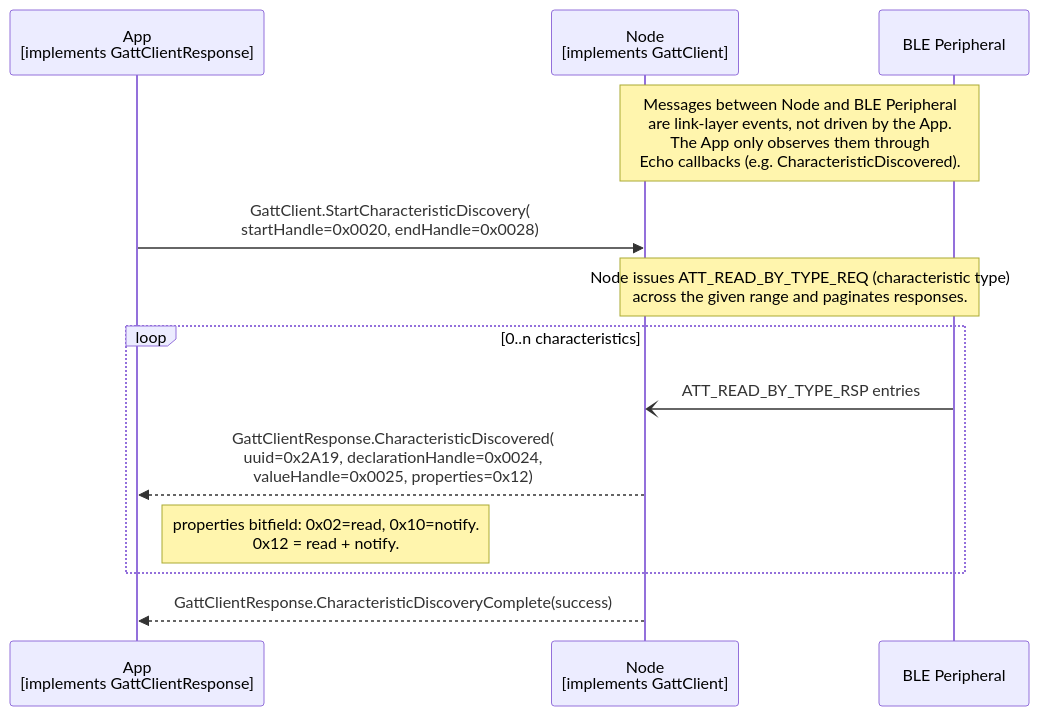
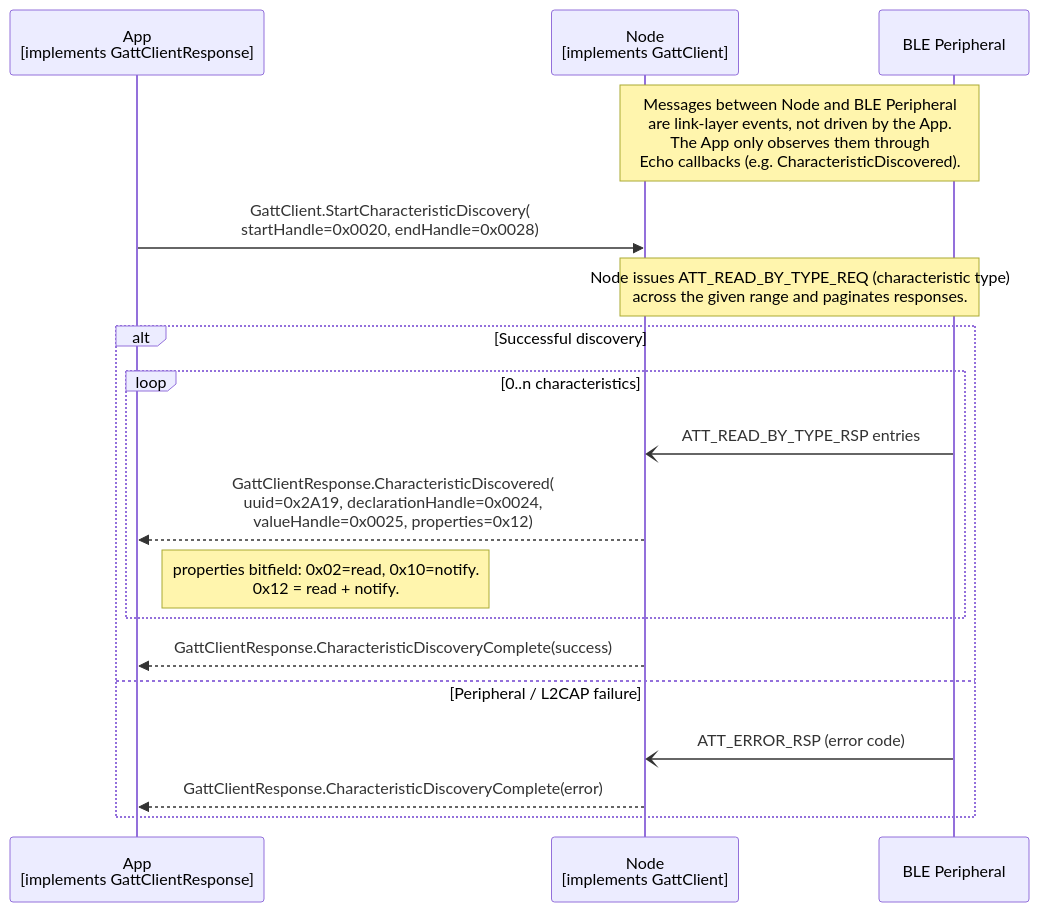
Before and after one commit to philips-software/amp-embedded-infra-lib: the diagram in documents/modules/ROOT/partials/echoservices/gatt_client/GattClient_StartCharacteristicDiscovery_sequence.mmd, drawn with Mermaid. The commit also changed 14 other files, not shown here.

```diff
--- a/documents/modules/ROOT/partials/echoservices/gatt_client/GattClient_StartCharacteristicDiscovery_sequence.mmd
+++ b/documents/modules/ROOT/partials/echoservices/gatt_client/GattClient_StartCharacteristicDiscovery_sequence.mmd
@@ -1,15 +1,21 @@
 sequenceDiagram
     participant App as App<br>[implements GattClientResponse]
     participant Node as Node<br>[implements GattClient]
     participant Peripheral as BLE Peripheral
 
     Note over Node, Peripheral: Messages between Node and BLE Peripheral<br>are link-layer events, not driven by the App.<br>The App only observes them through<br>Echo callbacks (e.g. CharacteristicDiscovered).
 
     App->>Node: GattClient.StartCharacteristicDiscovery(<br>startHandle=0x0020, endHandle=0x0028)
     Note over Node, Peripheral: Node issues ATT_READ_BY_TYPE_REQ (characteristic type)<br>across the given range and paginates responses.
-    loop 0..n characteristics
-        Peripheral-)Node: ATT_READ_BY_TYPE_RSP entries
-        Node-->>App: GattClientResponse.CharacteristicDiscovered(<br>uuid=0x2A19, declarationHandle=0x0024,<br>valueHandle=0x0025, properties=0x12)
-        Note right of App: properties bitfield: 0x02=read, 0x10=notify.<br>0x12 = read + notify.
+
+    alt Successful discovery
+        loop 0..n characteristics
+            Peripheral-)Node: ATT_READ_BY_TYPE_RSP entries
+            Node-->>App: GattClientResponse.CharacteristicDiscovered(<br>uuid=0x2A19, declarationHandle=0x0024,<br>valueHandle=0x0025, properties=0x12)
+            Note right of App: properties bitfield: 0x02=read, 0x10=notify.<br>0x12 = read + notify.
+        end
+        Node-->>App: GattClientResponse.CharacteristicDiscoveryComplete(success)
+    else Peripheral / L2CAP failure
+        Peripheral-)Node: ATT_ERROR_RSP (error code)
+        Node-->>App: GattClientResponse.CharacteristicDiscoveryComplete(error)
     end
-    Node-->>App: GattClientResponse.CharacteristicDiscoveryComplete(success)
```
